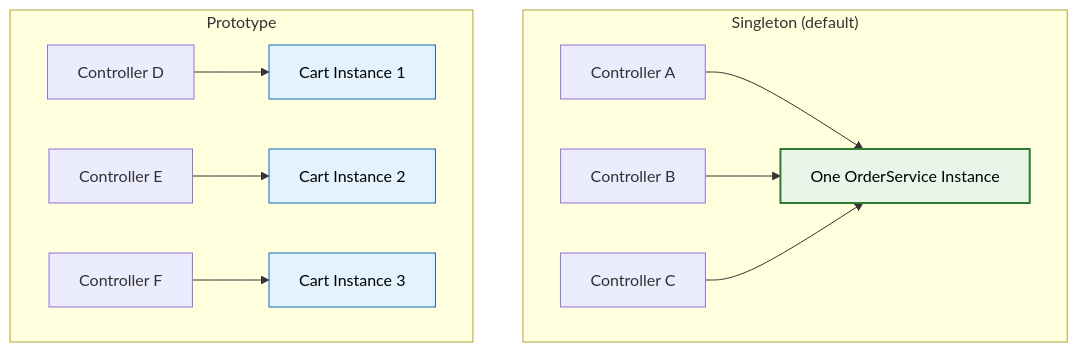
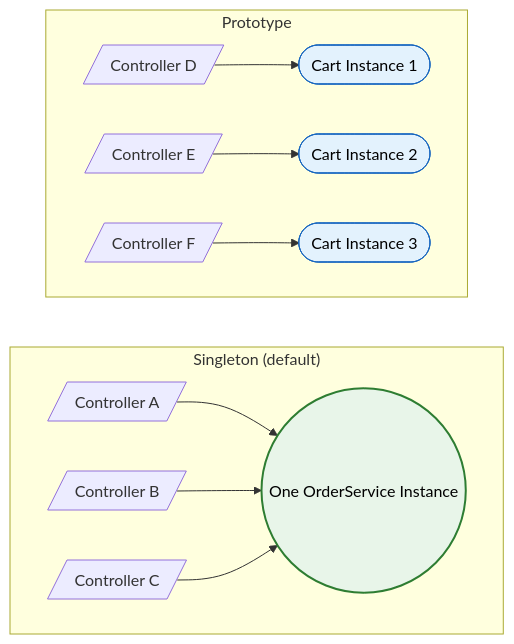
One commit to saivamsikaruturi/vamsilabs-dev-notes-main changed the second of 2 diagrams in docs/springboot/bean-lifecycle.md. Above: the diagram before and after it, drawn with Mermaid. The commit also changed other lines of this file and 146 other files, not shown here.

Commit message:
Horizontal diagrams, UML class diagrams, typography overhaul, and permalink cleanup

````diff
--- a/docs/springboot/bean-lifecycle.md
+++ b/docs/springboot/bean-lifecycle.md
@@ -110,20 +162,22 @@
 ```mermaid
-flowchart TD
+flowchart LR
     subgraph Singleton["Singleton (default)"]
-        S["One OrderService Instance"]
-        A["Controller A"] --> S
-        B["Controller B"] --> S
-        C["Controller C"] --> S
+        direction LR
+        S(("One OrderService Instance"))
+        A[/"Controller A"/] --> S
+        B[/"Controller B"/] --> S
+        C[/"Controller C"/] --> S
     end
     
     subgraph Prototype["Prototype"]
-        D["Controller D"] --> P1["Cart Instance 1"]
-        E["Controller E"] --> P2["Cart Instance 2"]
-        F["Controller F"] --> P3["Cart Instance 3"]
+        direction LR
+        D[/"Controller D"/] --> P1(["Cart Instance 1"])
+        E[/"Controller E"/] --> P2(["Cart Instance 2"])
+        F[/"Controller F"/] --> P3(["Cart Instance 3"])
     end
 
     style S fill:#E8F5E9,stroke:#2E7D32,stroke-width:2px,color:#000
     style P1 fill:#E3F2FD,stroke:#1565C0,color:#000
     style P2 fill:#E3F2FD,stroke:#1565C0,color:#000
     style P3 fill:#E3F2FD,stroke:#1565C0,color:#000
 ```
````
